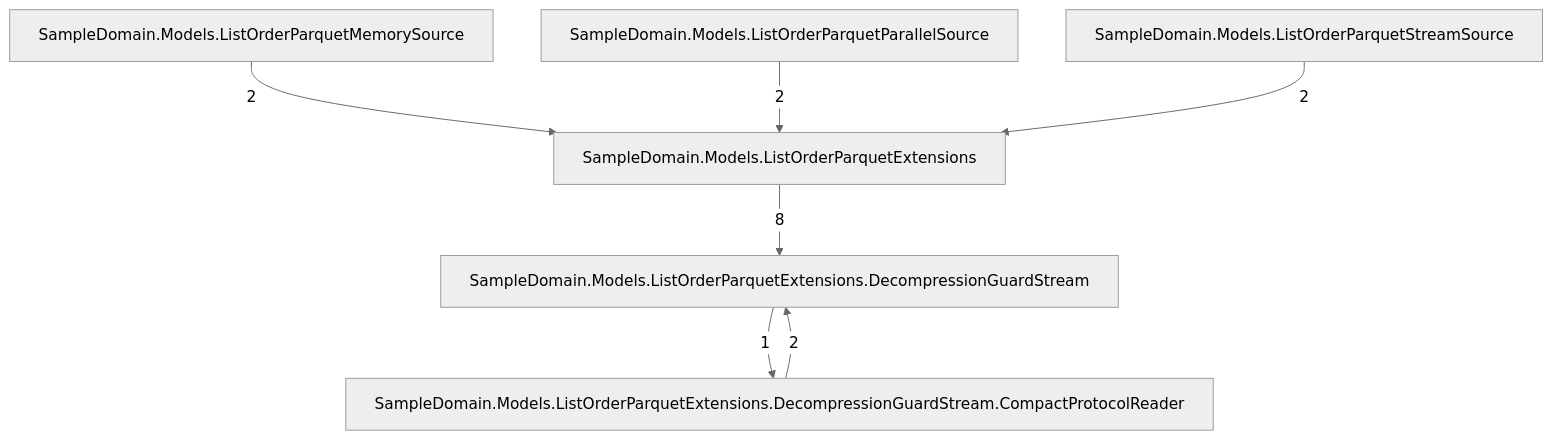
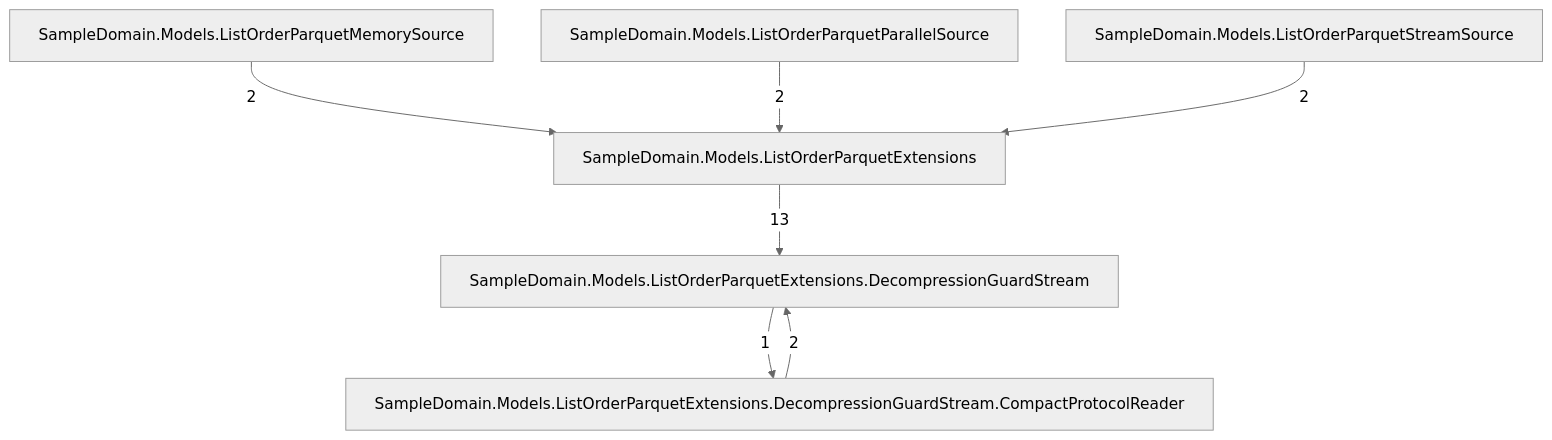
One commit to rtkelly13/Parquet.SourceGenerator changed the second of 7 diagrams in docs/callgraph-generated.md. Above: the diagram before and after it, drawn with Mermaid (neutral theme). The commit also changed other lines of this file and 33 other files, not shown here.

````diff
--- a/docs/callgraph-generated.md
+++ b/docs/callgraph-generated.md
@@ -24,15 +24,15 @@
 ```mermaid
 graph TD
     tsampledomainmodelslistorderparquetextensions_046["SampleDomain.Models.ListOrderParquetExtensions"]
     tsampledomainmodelslistorderparquetextensionsdecompressionguardstream_071["SampleDomain.Models.ListOrderParquetExtensions.DecompressionGuardStream"]
     tsampledomainmodelslistorderparquetextensionsdecompressionguardstreamcompactprotocolreader_093["SampleDomain.Models.ListOrderParquetExtensions.DecompressionGuardStream.CompactProtocolReader"]
     tsampledomainmodelslistorderparquetmemorysource_048["SampleDomain.Models.ListOrderParquetMemorySource"]
     tsampledomainmodelslistorderparquetparallelsource_050["SampleDomain.Models.ListOrderParquetParallelSource"]
     tsampledomainmodelslistorderparquetstreamsource_048["SampleDomain.Models.ListOrderParquetStreamSource"]
     tsampledomainmodelslistorderparquetextensionsdecompressionguardstreamcompactprotocolreader_093 -->|2| tsampledomainmodelslistorderparquetextensionsdecompressionguardstream_071
     tsampledomainmodelslistorderparquetextensionsdecompressionguardstream_071 -->|1| tsampledomainmodelslistorderparquetextensionsdecompressionguardstreamcompactprotocolreader_093
-    tsampledomainmodelslistorderparquetextensions_046 -->|8| tsampledomainmodelslistorderparquetextensionsdecompressionguardstream_071
+    tsampledomainmodelslistorderparquetextensions_046 -->|13| tsampledomainmodelslistorderparquetextensionsdecompressionguardstream_071
     tsampledomainmodelslistorderparquetmemorysource_048 -->|2| tsampledomainmodelslistorderparquetextensions_046
     tsampledomainmodelslistorderparquetparallelsource_050 -->|2| tsampledomainmodelslistorderparquetextensions_046
     tsampledomainmodelslistorderparquetstreamsource_048 -->|2| tsampledomainmodelslistorderparquetextensions_046
 ```
````
